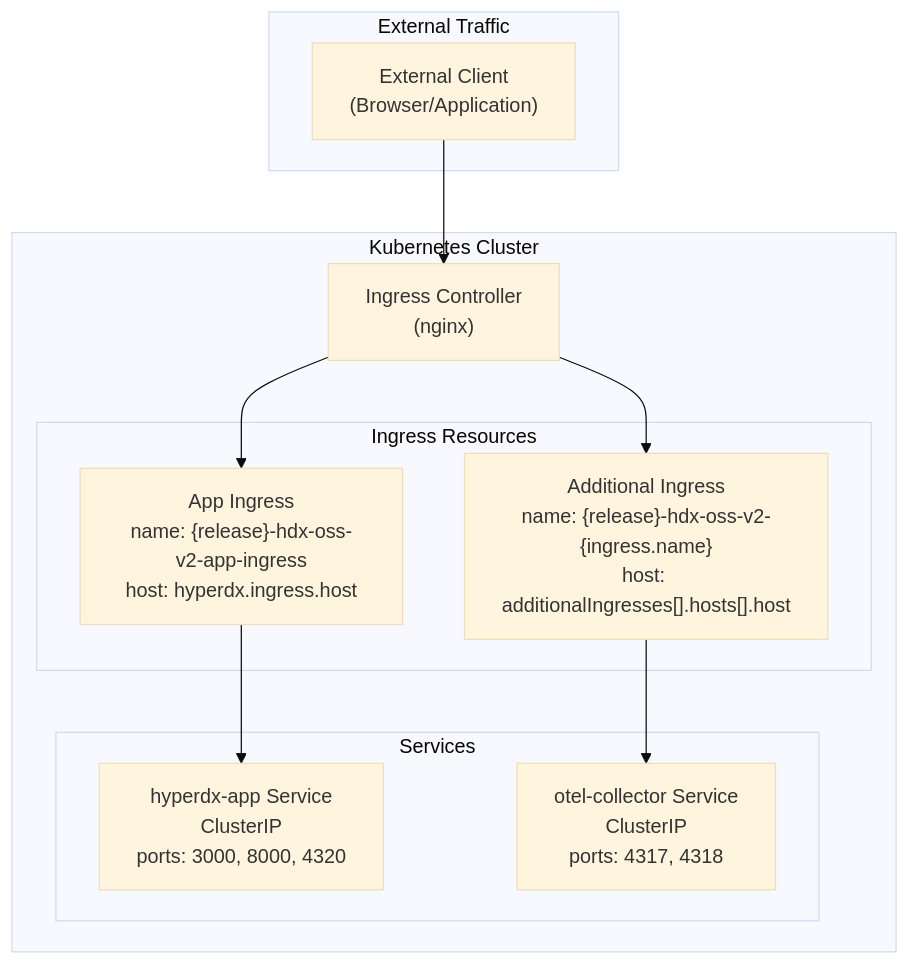
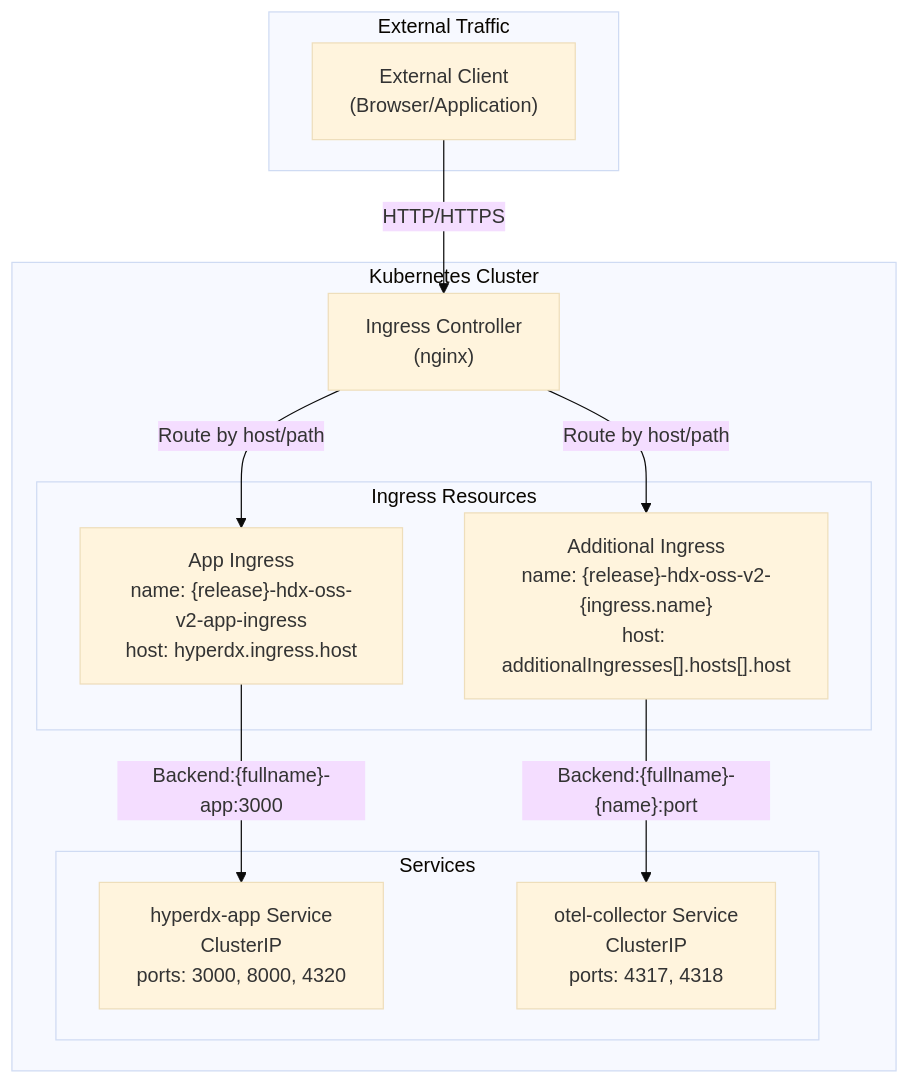
The first of 3 diagrams in docs/hyperdxio-helm-charts-docs/Ingress-Configuration.md (openchoreo/openchoreo), drawn with Mermaid (base theme) before and after one commit. The commit also changed other lines of this file and 85 other files, not shown here.

Commit message:
feat: Add new workflow and specification templates, update Helm chart dependencies, and clarify documentation diagrams.

````diff
--- a/docs/hyperdxio-helm-charts-docs/Ingress-Configuration.md
+++ b/docs/hyperdxio-helm-charts-docs/Ingress-Configuration.md
@@ -29,34 +29,34 @@
 ```mermaid
 flowchart TD
 
 Client["External Client<br>(Browser/Application)"]
 IngressController["Ingress Controller<br>(nginx)"]
 AppIngress["App Ingress<br>name: {release}-hdx-oss-v2-app-ingress<br>host: hyperdx.ingress.host"]
 AdditionalIngress["Additional Ingress<br>name: {release}-hdx-oss-v2-{ingress.name}<br>host: additionalIngresses[].hosts[].host"]
 AppService["hyperdx-app Service<br>ClusterIP<br>ports: 3000, 8000, 4320"]
 OtelService["otel-collector Service<br>ClusterIP<br>ports: 4317, 4318"]
 
-Client --> IngressController
+Client -->|"HTTP/HTTPS"| IngressController
 
 subgraph subGraph3 ["Kubernetes Cluster"]
     IngressController
-    IngressController --> AppIngress
-    IngressController --> AdditionalIngress
-    AppIngress --> AppService
-    AdditionalIngress --> OtelService
+    IngressController -->|"Route by host/path"| AppIngress
+    IngressController -->|"Route by host/path"| AdditionalIngress
+    AppIngress -->|"Backend:{fullname}-app:3000"| AppService
+    AdditionalIngress -->|"Backend:{fullname}-{name}:port"| OtelService
 
 subgraph Services ["Services"]
     AppService
     OtelService
 end
 
 subgraph subGraph1 ["Ingress Resources"]
     AppIngress
     AdditionalIngress
 end
 end
 
 subgraph subGraph0 ["External Traffic"]
     Client
 end
 ```
````
